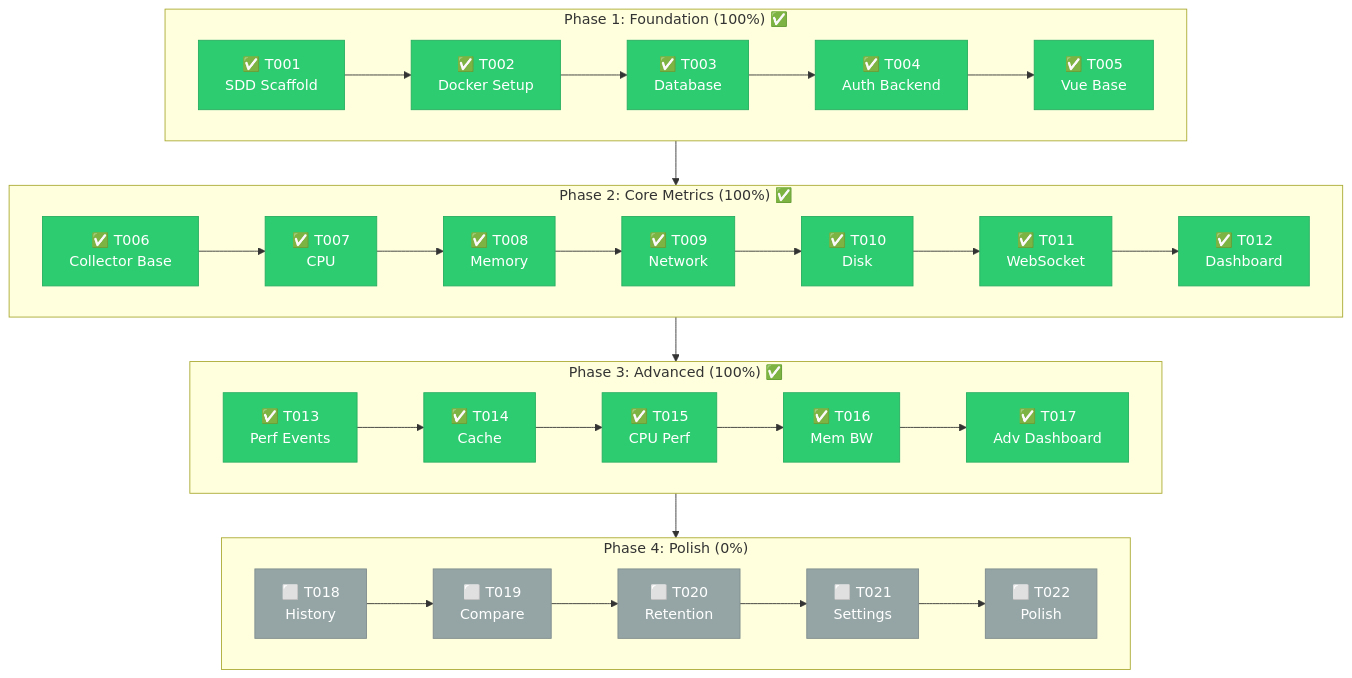
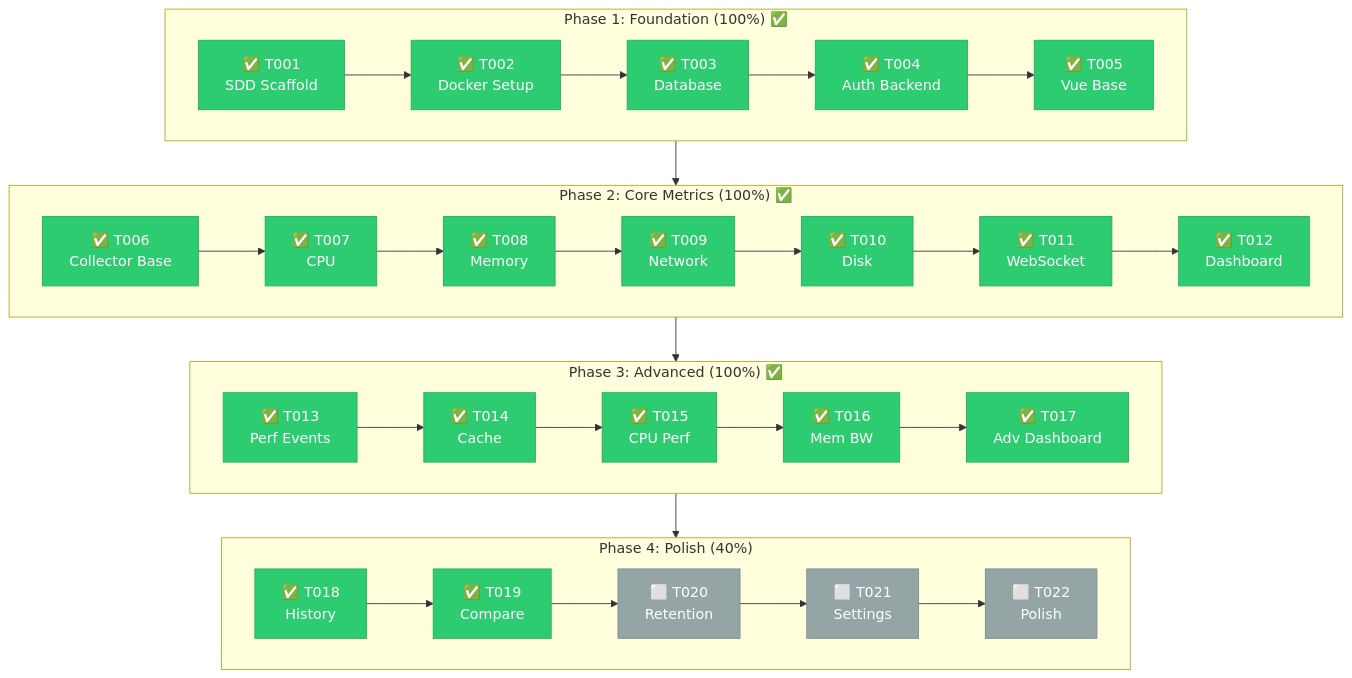
One commit to zhyndalf/perfwatch changed the diagram in README.md. Above: the diagram before and after it, drawn with Mermaid. The commit also changed other lines of this file and 22 other files, not shown here.

````diff
--- a/README.md
+++ b/README.md
@@ -19,50 +19,50 @@
 ```mermaid
 flowchart TB
     subgraph P1["Phase 1: Foundation (100%) ✅"]
         T001["✅ T001<br/>SDD Scaffold"]
         T002["✅ T002<br/>Docker Setup"]
         T003["✅ T003<br/>Database"]
         T004["✅ T004<br/>Auth Backend"]
         T005["✅ T005<br/>Vue Base"]
         T001 --> T002 --> T003 --> T004 --> T005
     end
 
     subgraph P2["Phase 2: Core Metrics (100%) ✅"]
         T006["✅ T006<br/>Collector Base"]
         T007["✅ T007<br/>CPU"]
         T008["✅ T008<br/>Memory"]
         T009["✅ T009<br/>Network"]
         T010["✅ T010<br/>Disk"]
         T011["✅ T011<br/>WebSocket"]
         T012["✅ T012<br/>Dashboard"]
         T006 --> T007 --> T008 --> T009 --> T010 --> T011 --> T012
     end
 
     subgraph P3["Phase 3: Advanced (100%) ✅"]
         T013["✅ T013<br/>Perf Events"]
         T014["✅ T014<br/>Cache"]
         T015["✅ T015<br/>CPU Perf"]
         T016["✅ T016<br/>Mem BW"]
         T017["✅ T017<br/>Adv Dashboard"]
         T013 --> T014 --> T015 --> T016 --> T017
     end
 
-    subgraph P4["Phase 4: Polish (0%)"]
-        T018["⬜ T018<br/>History"]
-        T019["⬜ T019<br/>Compare"]
+    subgraph P4["Phase 4: Polish (40%)"]
+        T018["✅ T018<br/>History"]
+        T019["✅ T019<br/>Compare"]
         T020["⬜ T020<br/>Retention"]
         T021["⬜ T021<br/>Settings"]
         T022["⬜ T022<br/>Polish"]
         T018 --> T019 --> T020 --> T021 --> T022
     end
 
     P1 --> P2 --> P3 --> P4
 
     %% Styles
     classDef done fill:#2ecc71,stroke:#27ae60,color:#fff
     classDef progress fill:#f39c12,stroke:#e67e22,color:#fff
     classDef todo fill:#95a5a6,stroke:#7f8c8d,color:#fff
 
-    class T001,T002,T003,T004,T005,T006,T007,T008,T009,T010,T011,T012,T013,T014,T015,T016,T017 done
-    class T018,T019,T020,T021,T022 todo
+    class T001,T002,T003,T004,T005,T006,T007,T008,T009,T010,T011,T012,T013,T014,T015,T016,T017,T018,T019 done
+    class T020,T021,T022 todo
 ```
````
